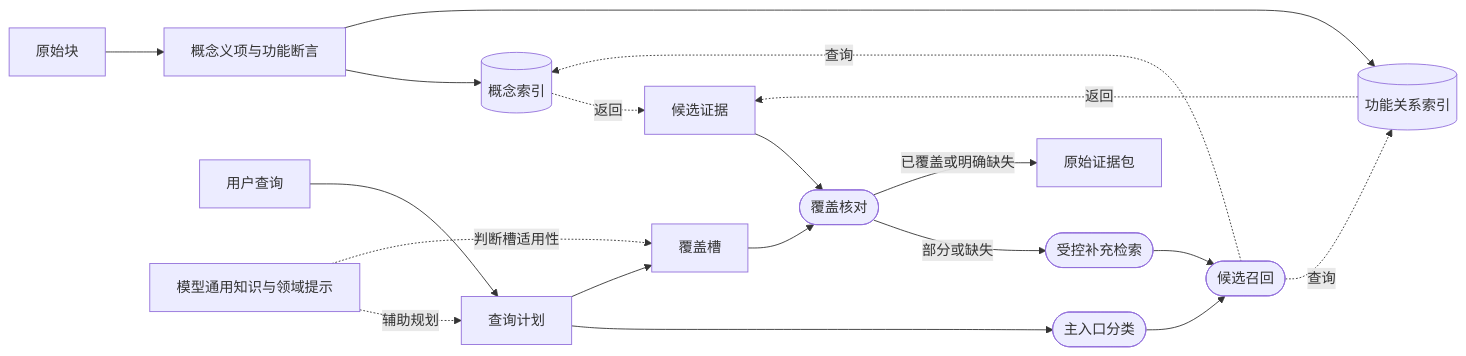
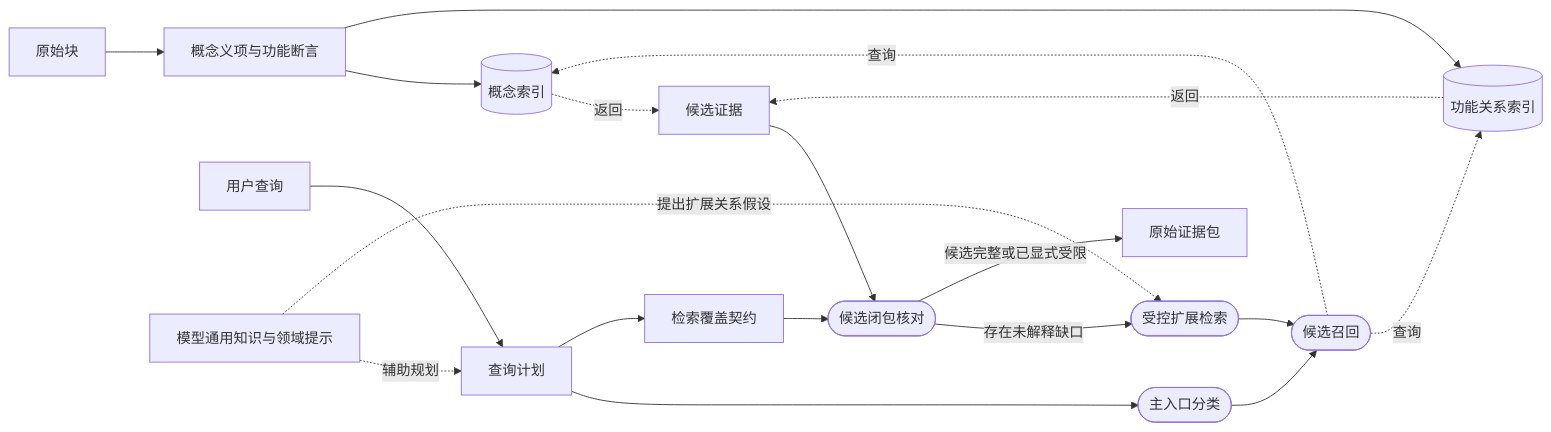
The first of 4 diagrams in docs/design/14-dual-entry-concept-function-knowledge-index.md (lipeidonggz/ai-study-helper-v2), drawn with Mermaid before and after one commit. The commit also changed other lines of this file and 21 other files, not shown here.

````diff
--- a/docs/design/14-dual-entry-concept-function-knowledge-index.md
+++ b/docs/design/14-dual-entry-concept-function-knowledge-index.md
@@ -193,24 +224,24 @@
 ```mermaid
 flowchart LR
   A[原始块] --> B[概念义项与功能断言]
   B --> CI[(概念索引)]
   B --> FI[(功能关系索引)]
 
   Q[用户查询] --> P[查询计划]
   P --> R([主入口分类])
-  P --> S[覆盖槽]
+  P --> S[检索覆盖契约]
   R --> CR([候选召回])
   CR -. 查询 .-> CI
   CR -. 查询 .-> FI
   CI -. 返回 .-> E[候选证据]
   FI -. 返回 .-> E
 
-  E --> V([覆盖核对])
+  E --> V([候选闭包核对])
   S --> V
-  V -- 部分或缺失 --> G([受控补充检索])
+  V -- 存在未解释缺口 --> G([受控扩展检索])
   G --> CR
-  V -- 已覆盖或明确缺失 --> O[原始证据包]
+  V -- 候选完整或已显式受限 --> O[原始证据包]
 
   M[模型通用知识与领域提示] -. 辅助规划 .-> P
-  M -. 判断槽适用性 .-> S
+  M -. 提出扩展关系假设 .-> G
 ```
````
